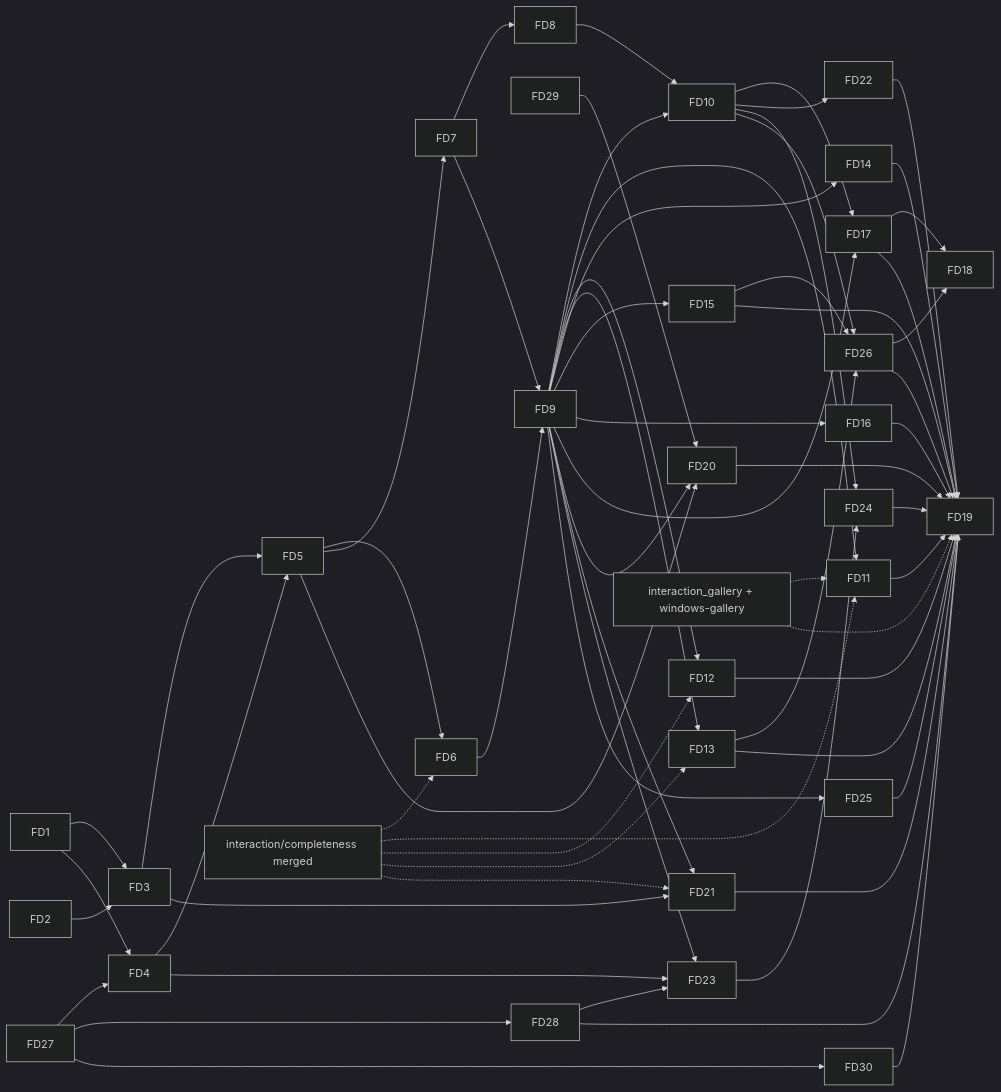
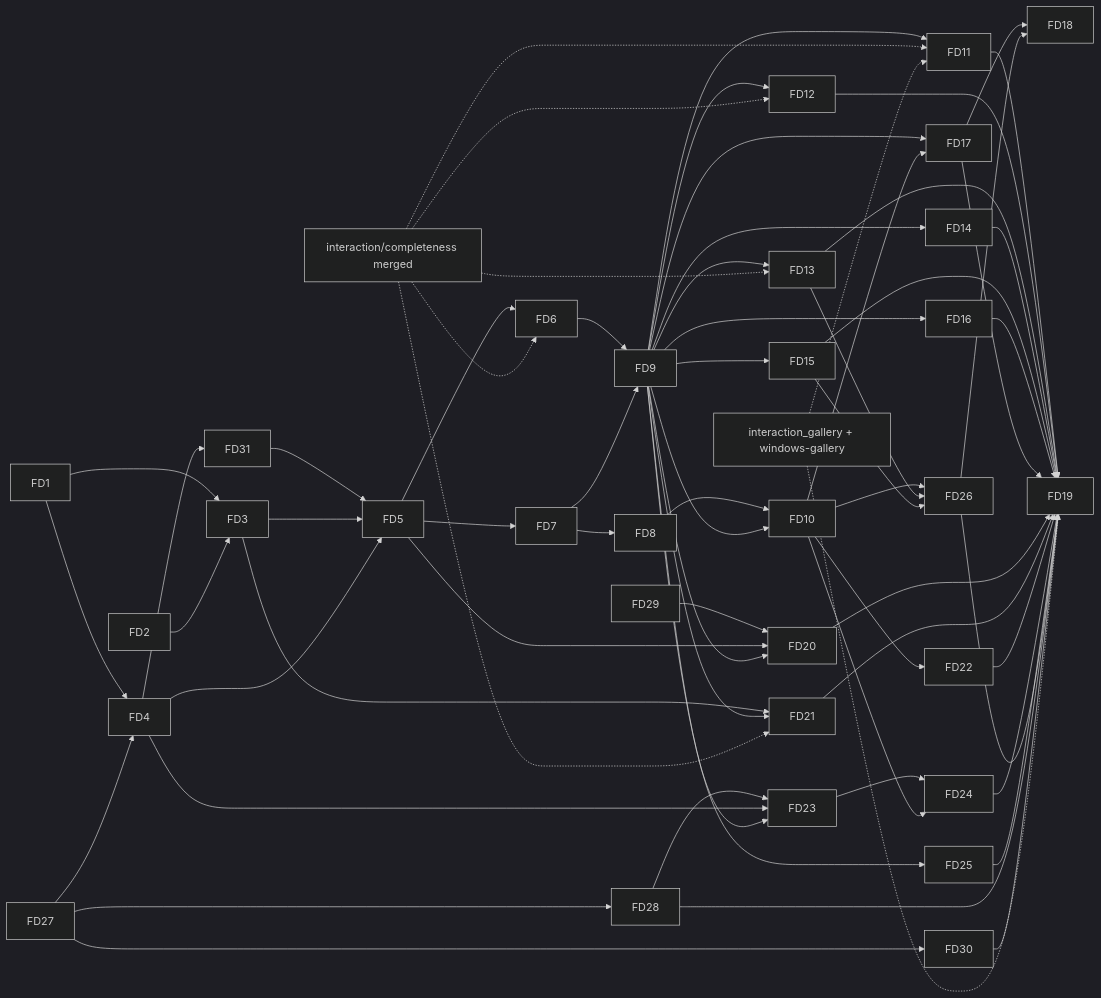
Before and after one commit to vanyastaff/flui: the diagram in docs/plans/specs/flui-driver/tasks.md, drawn with Mermaid (dark theme). The commit also changed other lines of this file and 45 other files, not shown here.

````diff
--- a/docs/plans/specs/flui-driver/tasks.md
+++ b/docs/plans/specs/flui-driver/tasks.md
@@ -48,24 +48,25 @@
 ```mermaid
 graph LR
   FD1 --> FD3 & FD4
   FD27 --> FD4 & FD28 & FD30
   FD28 --> FD23
   FD29 --> FD20
   FD2 --> FD3
+  FD4 --> FD31 --> FD5
   FD3 & FD4 --> FD5 --> FD6 & FD7
   FD7 --> FD8
   FD6 & FD7 --> FD9
   FD8 & FD9 --> FD10
   FD9 --> FD11 & FD12 & FD13 & FD14 & FD15 & FD16
   FD9 & FD10 --> FD17 --> FD18
   FD5 & FD9 --> FD20
   FD3 & FD9 --> FD21
   FD10 --> FD22
   FD4 & FD9 --> FD23 --> FD24
   FD10 --> FD24
   FD9 --> FD25
   FD10 & FD13 & FD15 --> FD26 --> FD18
   FD11 & FD12 & FD13 & FD14 & FD15 & FD16 & FD17 & FD20 & FD21 & FD22 & FD24 & FD25 & FD26 & FD28 & FD30 --> FD19
   IC["interaction/completeness merged"] -.-> FD6 & FD11 & FD12 & FD13 & FD21
   GAL["interaction_gallery + windows-gallery"] -.-> FD11 & FD19
 ```
````
